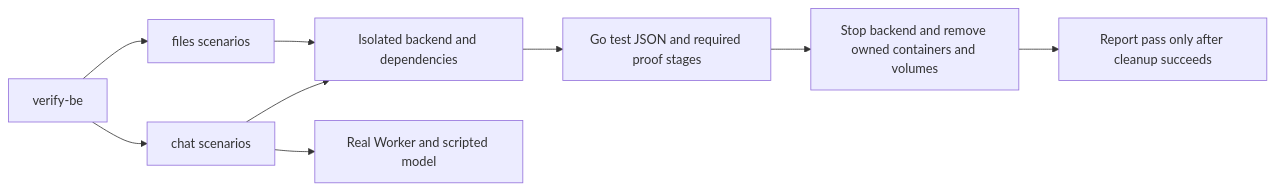
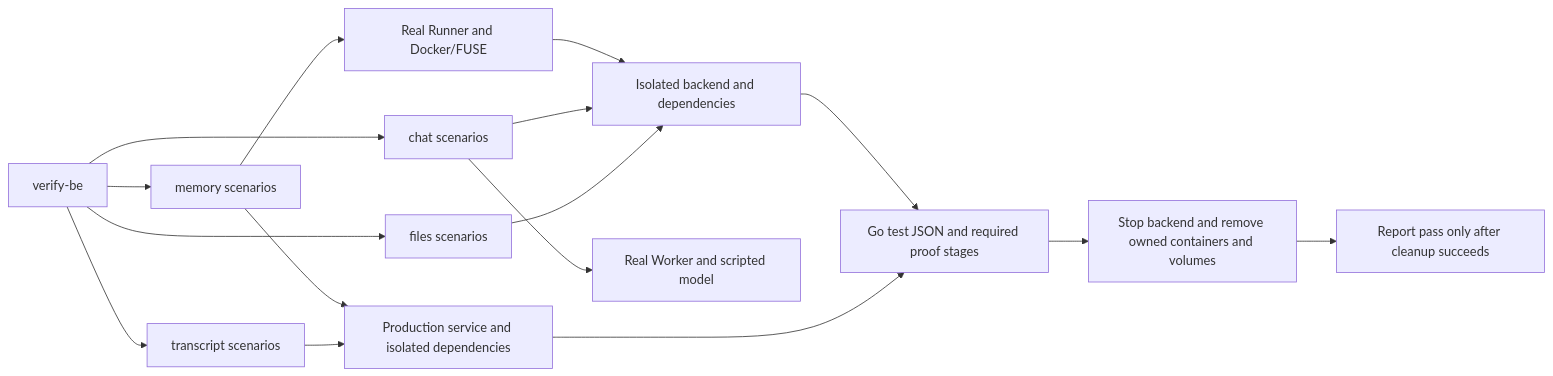
One commit to superduck-ai/open-managed-agents changed the diagram in docs/design/be/backend-verification.md. Above: the diagram before and after it, drawn with Mermaid. The commit also changed other lines of this file and 39 other files, not shown here.

First line of the commit message:
feat(verify-be): verify Transcript and Memory/Filestore lifecycle (#414)

````diff
--- a/docs/design/be/backend-verification.md
+++ b/docs/design/be/backend-verification.md
@@ -25,11 +25,18 @@
 ```mermaid
 flowchart LR
     CLI[verify-be] --> Chat[chat scenarios]
     CLI --> Files[files scenarios]
+    CLI --> Memory[memory scenarios]
+    Memory --> Integration
+    Memory --> Mounts[Real Runner and Docker/FUSE]
+    Mounts --> Runtime
+    CLI --> Transcript[transcript scenarios]
+    Transcript --> Integration[Production service and isolated dependencies]
     Chat --> Runtime[Isolated backend and dependencies]
     Files --> Runtime
     Chat --> Worker[Real Worker and scripted model]
     Runtime --> Evidence[Go test JSON and required proof stages]
+    Integration --> Evidence
     Evidence --> Cleanup[Stop backend and remove owned containers and volumes]
     Cleanup --> Verdict[Report pass only after cleanup succeeds]
 ```
````
